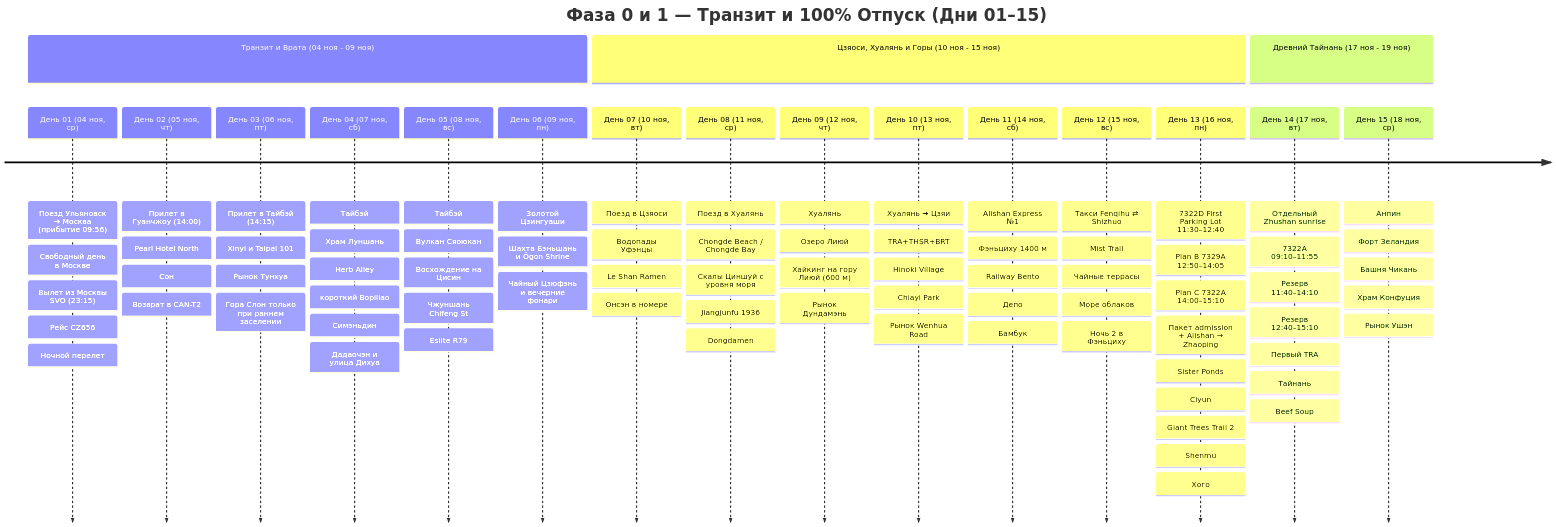
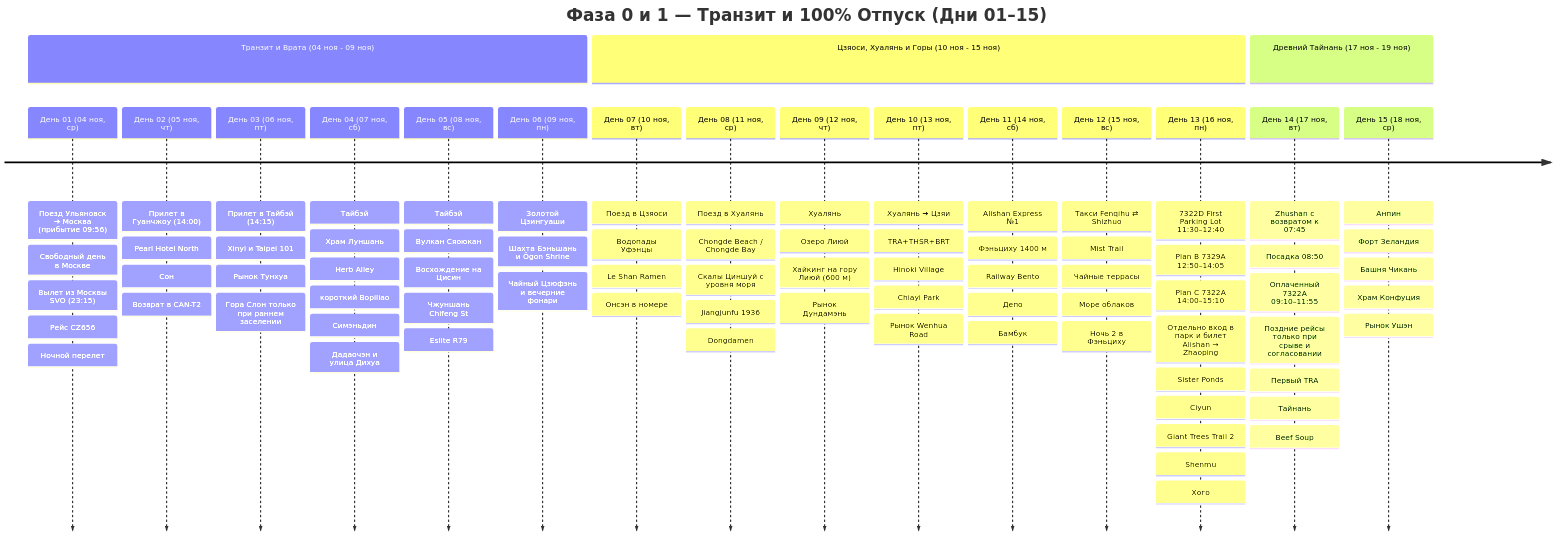
Before and after one commit to injurka/obsidian-mark: the first of 2 diagrams in Personal Note/Travel/05 Taiwan/Taiwan.md, drawn with Mermaid. The commit also changed other lines of this file and 63 other files, not shown here.

````diff
--- a/Personal Note/Travel/05 Taiwan/Taiwan.md
+++ b/Personal Note/Travel/05 Taiwan/Taiwan.md
@@ -64,22 +64,22 @@
 ```mermaid
 timeline
     title Фаза 0 и 1 — Транзит и 100% Отпуск (Дни 01–15)
     section Транзит и Врата (04 ноя - 09 ноя)
         День 01 (04 ноя, ср) : Поезд Ульяновск ➔ Москва (прибытие 09:56) : Свободный день в Москве : Вылет из Москвы SVO (23:15) : Рейс CZ656 : Ночной перелет
         День 02 (05 ноя, чт) : Прилет в Гуанчжоу (14:00) : Pearl Hotel North : Сон : Возврат в CAN-T2
         День 03 (06 ноя, пт) : Прилет в Тайбэй (14:15) : Xinyi и Taipei 101 : Рынок Тунхуа : Гора Слон только при раннем заселении
         День 04 (07 ноя, сб) : Тайбэй : Храм Луншань : Herb Alley : короткий Bopiliao : Симэньдин : Дадаочэн и улица Дихуа
         День 05 (08 ноя, вс) : Тайбэй : Вулкан Сяоюкан : Восхождение на Цисин : Чжуншань Chifeng St : Eslite R79
         День 06 (09 ноя, пн) : Золотой Цзингуаши : Шахта Бэньшань и Ōgon Shrine : Чайный Цзюфэнь и вечерние фонари
     section Цзяоси, Хуалянь и Горы (10 ноя - 15 ноя)
         День 07 (10 ноя, вт) : Поезд в Цзяоси : Водопады Уфэнцы : Le Shan Ramen : Онсэн в номере
         День 08 (11 ноя, ср) : Поезд в Хуалянь : Chongde Beach / Chongde Bay : Скалы Циншуй с уровня моря : Jiangjunfu 1936 : Dongdamen
         День 09 (12 ноя, чт) : Хуалянь : Озеро Лиюй : Хайкинг на гору Лиюй (600 м) : Рынок Дундамэнь
         День 10 (13 ноя, пт) : Хуалянь ➔ Цзяи : TRA+THSR+BRT : Hinoki Village : Chiayi Park : Рынок Wenhua Road
         День 11 (14 ноя, сб) : Alishan Express №1 : Фэньциху 1400 м : Railway Bento : Депо : Бамбук
         День 12 (15 ноя, вс) : Такси Fenqihu ⇄ Shizhuo : Mist Trail : Чайные террасы : Море облаков : Ночь 2 в Фэньциху
-        День 13 (16 ноя, пн) : 7322D First Parking Lot 11:30–12:40 : Plan B 7329A 12:50–14:05 : Plan C 7322A 14:00–15:10 : Пакет admission + Alishan → Zhaoping : Sister Ponds : Ciyun : Giant Trees Trail 2 : Shenmu : Хого
+        День 13 (16 ноя, пн) : 7322D First Parking Lot 11:30–12:40 : Plan B 7329A 12:50–14:05 : Plan C 7322A 14:00–15:10 : Отдельно вход в парк и билет Alishan → Zhaoping : Sister Ponds : Ciyun : Giant Trees Trail 2 : Shenmu : Хого
     section Древний Тайнань (17 ноя - 19 ноя)
-        День 14 (17 ноя, вт) : Отдельный Zhushan sunrise : 7322A 09:10–11:55 : Резерв 11:40–14:10 : Резерв 12:40–15:10 : Первый TRA : Тайнань : Beef Soup
+        День 14 (17 ноя, вт) : Zhushan с возвратом к 07:45 : Посадка 08:50 : Оплаченный 7322A 09:10–11:55 : Поздние рейсы только при срыве и согласовании : Первый TRA : Тайнань : Beef Soup
         День 15 (18 ноя, ср) : Анпин : Форт Зеландия : Башня Чикань : Храм Конфуция : Рынок Ушэн
 ```
````
